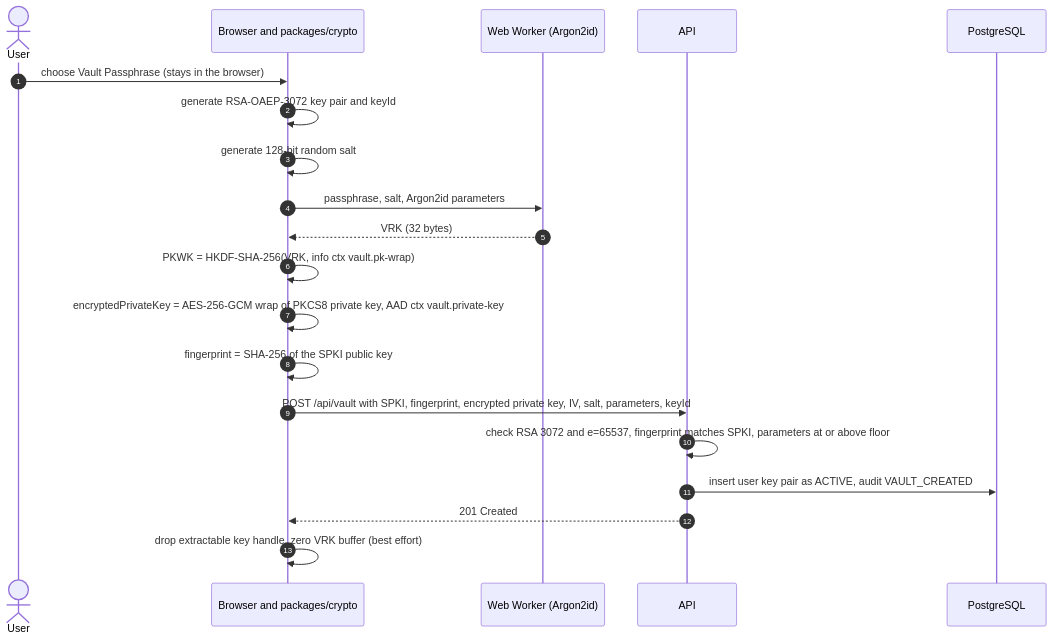
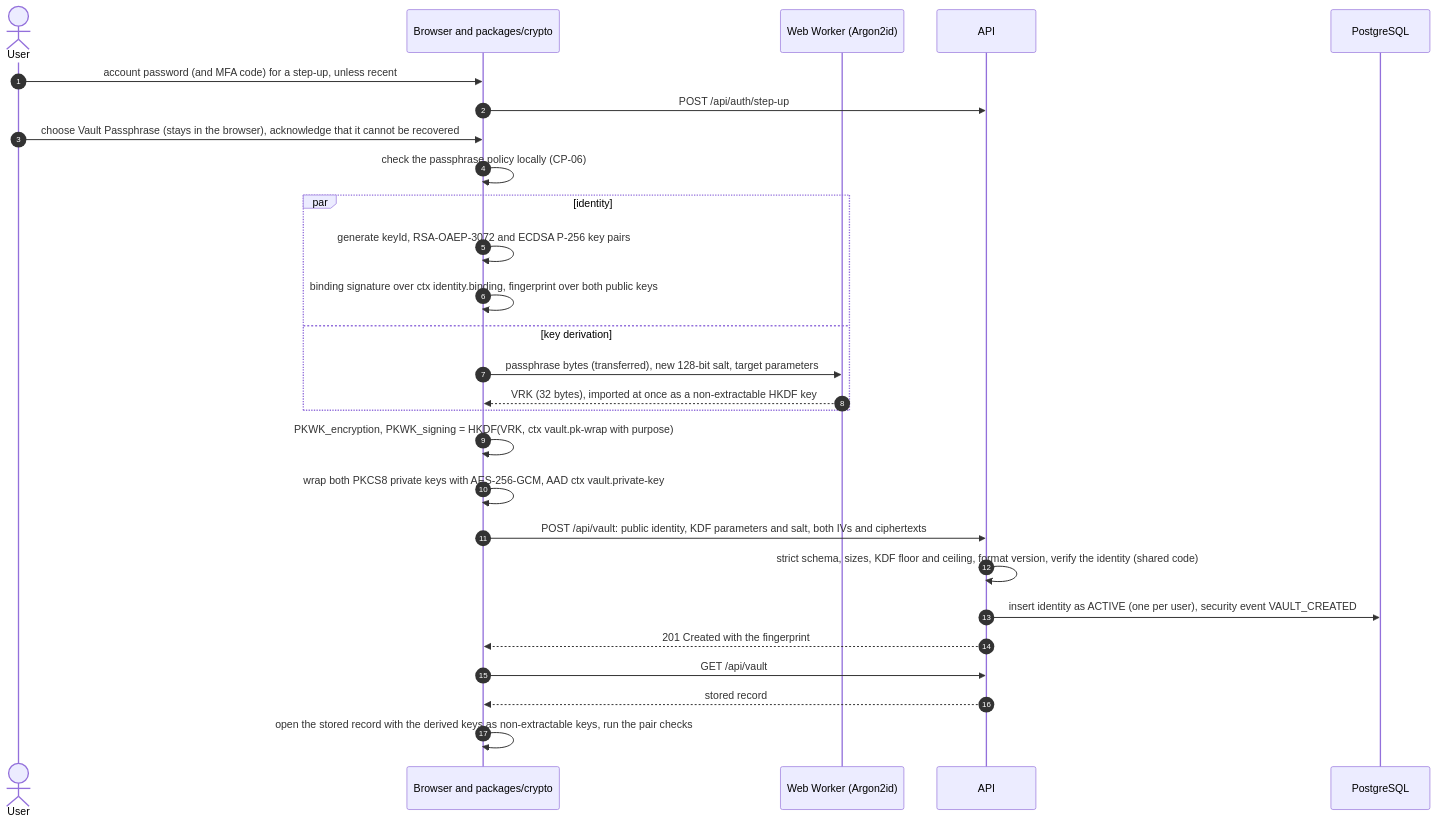
Before and after one commit to mhmmdimanquliyev7-dot/CipherMesh: the third of 15 diagrams in docs/architecture/data-flow.md, drawn with Mermaid. The commit also changed other lines of this file and 25 other files, not shown here.

````diff
--- a/docs/architecture/data-flow.md
+++ b/docs/architecture/data-flow.md
@@ -97,22 +99,29 @@
 ```mermaid
 sequenceDiagram
   autonumber
   actor U as User
   participant B as Browser and packages/crypto
   participant W as Web Worker (Argon2id)
   participant A as API
   participant D as PostgreSQL
-  U->>B: choose Vault Passphrase (stays in the browser)
-  B->>B: generate RSA-OAEP-3072 key pair and keyId
-  B->>B: generate 128-bit random salt
-  B->>W: passphrase, salt, Argon2id parameters
-  W-->>B: VRK (32 bytes)
-  B->>B: PKWK = HKDF-SHA-256(VRK, info ctx vault.pk-wrap)
-  B->>B: encryptedPrivateKey = AES-256-GCM wrap of PKCS8 private key, AAD ctx vault.private-key
-  B->>B: fingerprint = SHA-256 of the SPKI public key
-  B->>A: POST /api/vault with SPKI, fingerprint, encrypted private key, IV, salt, parameters, keyId
-  A->>A: check RSA 3072 and e=65537, fingerprint matches SPKI, parameters at or above floor
-  A->>D: insert user key pair as ACTIVE, audit VAULT_CREATED
-  A-->>B: 201 Created
-  B->>B: drop extractable key handle, zero VRK buffer (best effort)
+  U->>B: account password (and MFA code) for a step-up, unless recent
+  B->>A: POST /api/auth/step-up
+  U->>B: choose Vault Passphrase (stays in the browser), acknowledge that it cannot be recovered
+  B->>B: check the passphrase policy locally (CP-06)
+  par identity
+    B->>B: generate keyId, RSA-OAEP-3072 and ECDSA P-256 key pairs
+    B->>B: binding signature over ctx identity.binding, fingerprint over both public keys
+  and key derivation
+    B->>W: passphrase bytes (transferred), new 128-bit salt, target parameters
+    W-->>B: VRK (32 bytes), imported at once as a non-extractable HKDF key
+  end
+  B->>B: PKWK_encryption, PKWK_signing = HKDF(VRK, ctx vault.pk-wrap with purpose)
+  B->>B: wrap both PKCS8 private keys with AES-256-GCM, AAD ctx vault.private-key
+  B->>A: POST /api/vault: public identity, KDF parameters and salt, both IVs and ciphertexts
+  A->>A: strict schema, sizes, KDF floor and ceiling, format version, verify the identity (shared code)
+  A->>D: insert identity as ACTIVE (one per user), security event VAULT_CREATED
+  A-->>B: 201 Created with the fingerprint
+  B->>A: GET /api/vault
+  A-->>B: stored record
+  B->>B: open the stored record with the derived keys as non-extractable keys, run the pair checks
 ```
````
